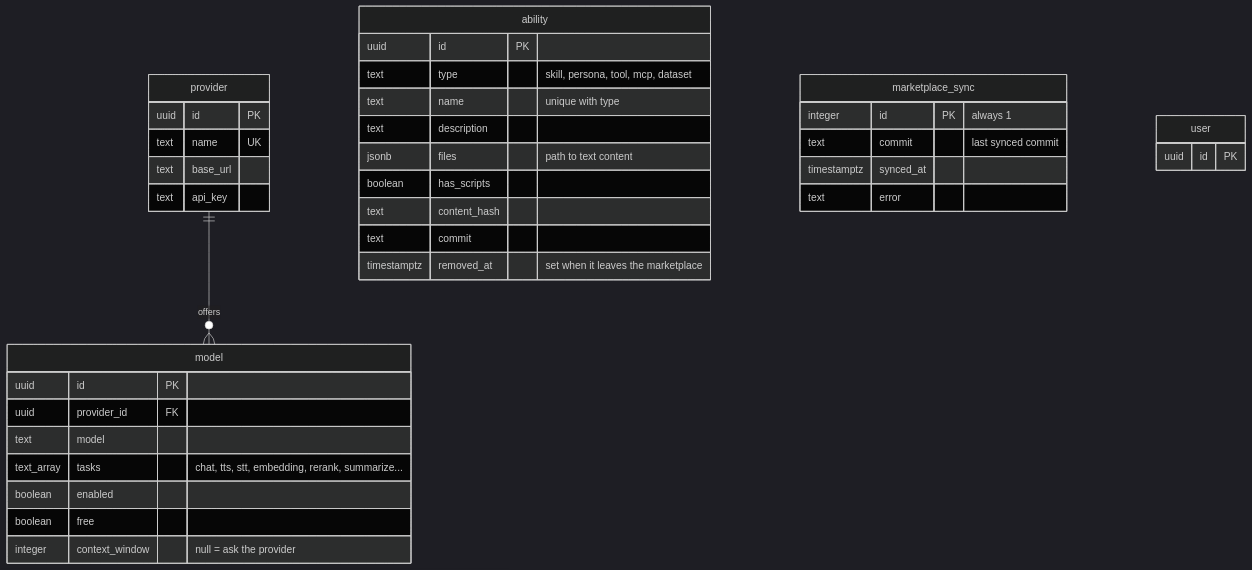
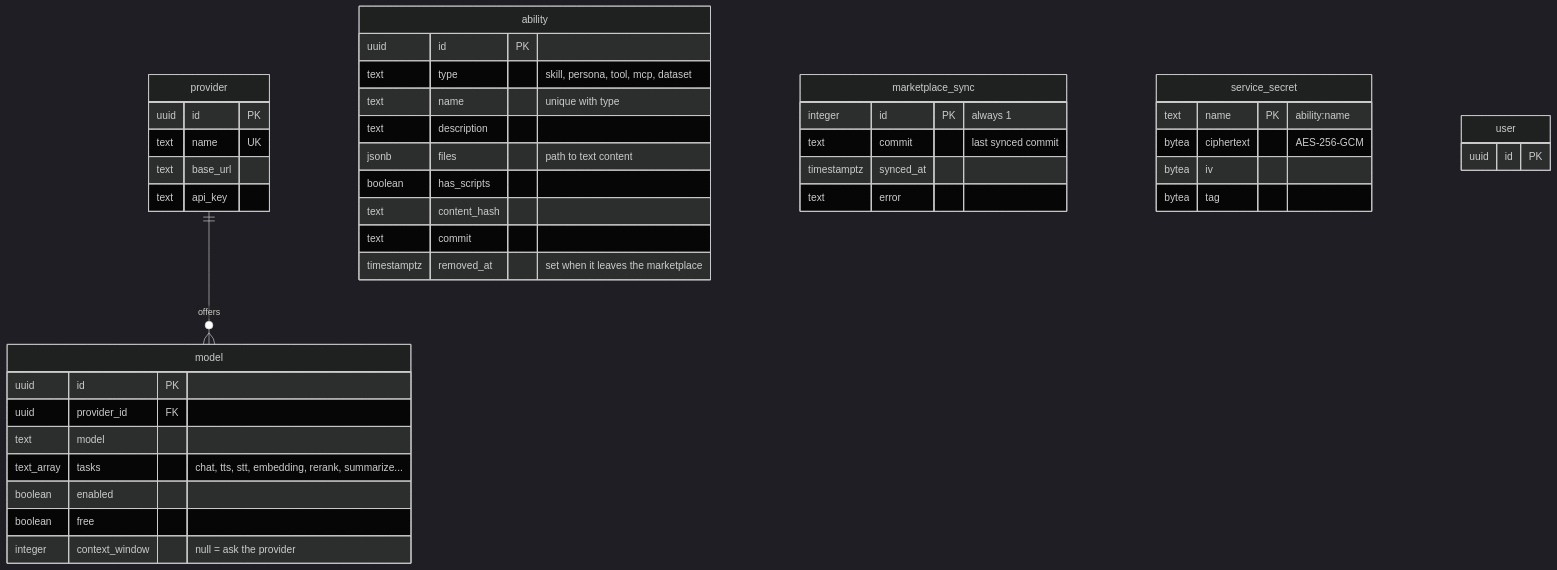
The third of 5 diagrams in docs/development/database.md (SubZtep/kaja), drawn with Mermaid (dark theme) before and after one commit. The commit also changed other lines of this file and 115 other files, not shown here.

````diff
--- a/docs/development/database.md
+++ b/docs/development/database.md
@@ -192,44 +192,51 @@
 ```mermaid
 erDiagram
   provider {
     uuid id PK
     text name UK
     text base_url
     text api_key
   }
 
   model {
     uuid id PK
     uuid provider_id FK
     text model
     text_array tasks "chat, tts, stt, embedding, rerank, summarize..."
     boolean enabled
     boolean free
     integer context_window "null = ask the provider"
   }
 
   ability {
     uuid id PK
     text type "skill, persona, tool, mcp, dataset"
     text name "unique with type"
     text description
     jsonb files "path to text content"
     boolean has_scripts
     text content_hash
     text commit
     timestamptz removed_at "set when it leaves the marketplace"
   }
 
   marketplace_sync {
     integer id PK "always 1"
     text commit "last synced commit"
     timestamptz synced_at
     text error
   }
 
+  service_secret {
+    text name PK "ability:name"
+    bytea ciphertext "AES-256-GCM"
+    bytea iv
+    bytea tag
+  }
+
   user {
     uuid id PK
   }
 
   provider ||--o{ model : offers
 ```
````
